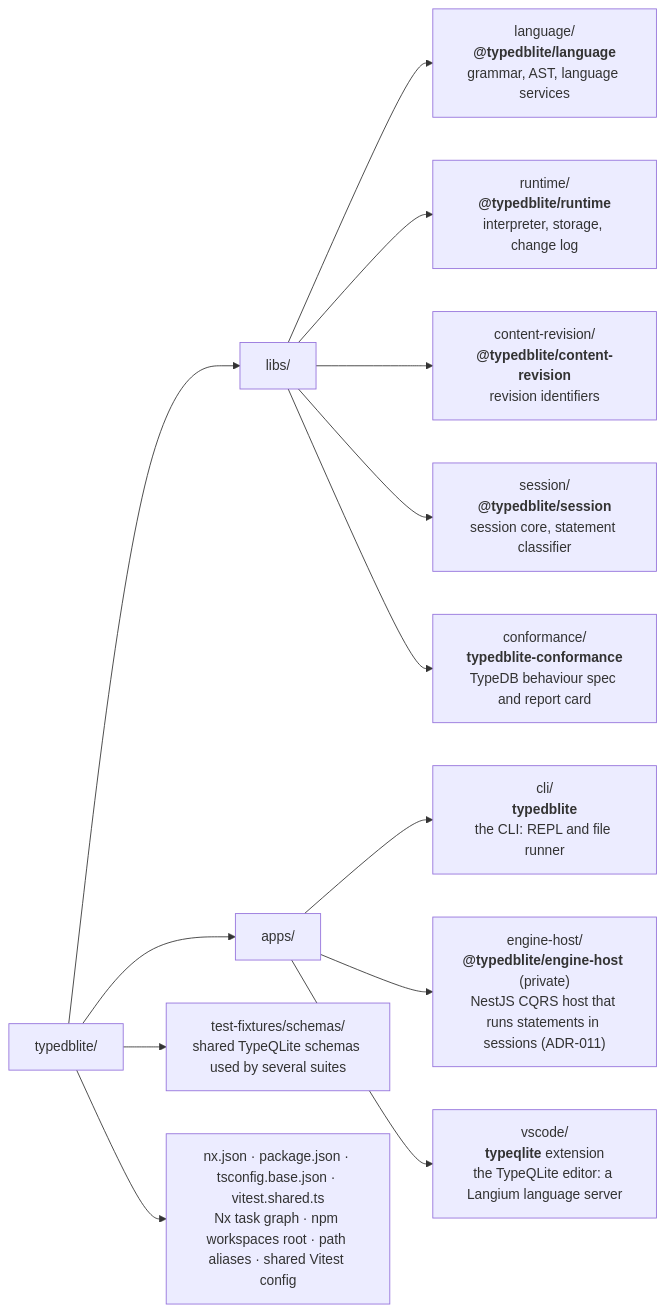
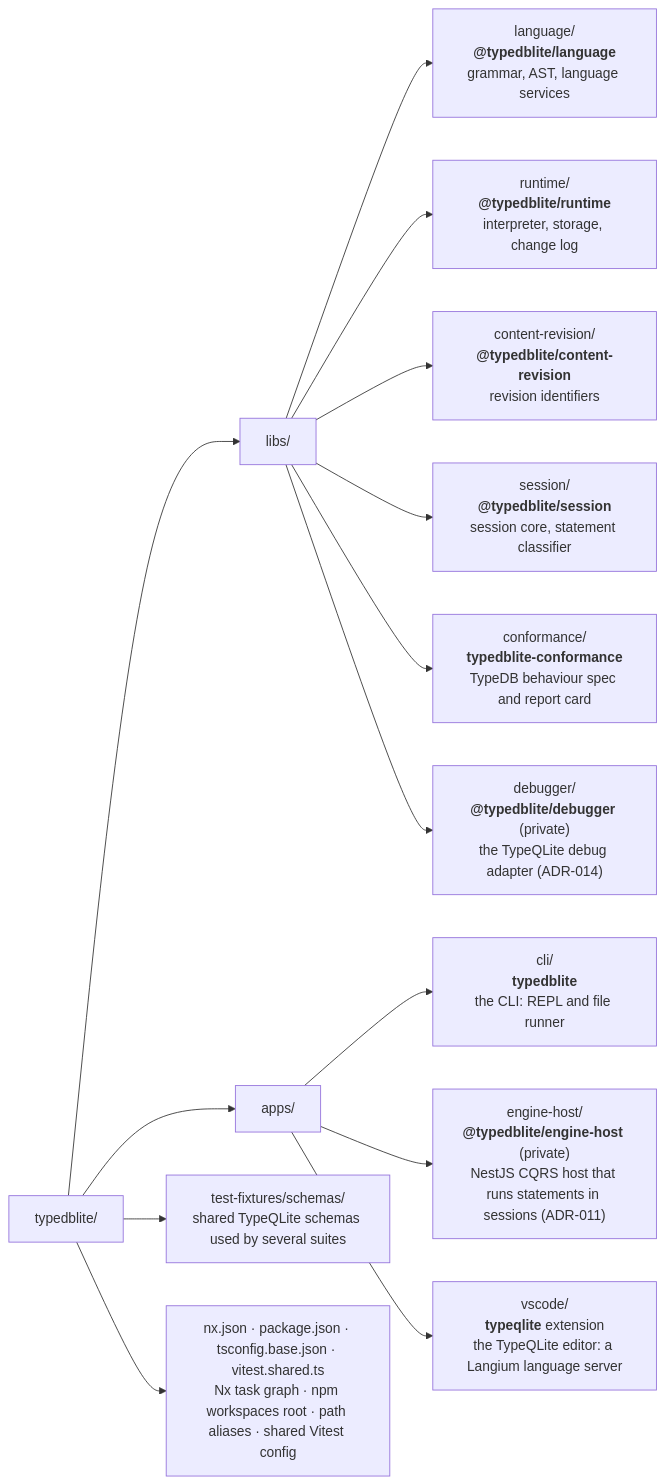
The first of 2 diagrams in AGENTS.md (typedblite/typedblite), drawn with Mermaid before and after one commit. The commit also changed other lines of this file and 44 other files, not shown here.

First line of the commit message:
feat(debugger): the adapter shell, over session.debug on the engine host

````diff
--- a/AGENTS.md
+++ b/AGENTS.md
@@ -9,15 +9,16 @@
 ```mermaid
 flowchart LR
   root["typedblite/"] --> libs["libs/"]
   root --> apps["apps/"]
   root --> fixtures["test-fixtures/schemas/<br/>shared TypeQLite schemas used by several suites"]
   root --> config["nx.json · package.json · tsconfig.base.json · vitest.shared.ts<br/>Nx task graph · npm workspaces root · path aliases · shared Vitest config"]
   libs --> language["language/<br/><b>@typedblite/language</b><br/>grammar, AST, language services"]
   libs --> runtime["runtime/<br/><b>@typedblite/runtime</b><br/>interpreter, storage, change log"]
   libs --> revision["content-revision/<br/><b>@typedblite/content-revision</b><br/>revision identifiers"]
   libs --> session["session/<br/><b>@typedblite/session</b><br/>session core, statement classifier"]
   libs --> conformance["conformance/<br/><b>typedblite-conformance</b><br/>TypeDB behaviour spec and report card"]
+  libs --> debugger["debugger/<br/><b>@typedblite/debugger</b> (private)<br/>the TypeQLite debug adapter (ADR-014)"]
   apps --> cli["cli/<br/><b>typedblite</b><br/>the CLI: REPL and file runner"]
   apps --> host["engine-host/<br/><b>@typedblite/engine-host</b> (private)<br/>NestJS CQRS host that runs statements in sessions (ADR-011)"]
   apps --> vscode["vscode/<br/><b>typeqlite</b> extension<br/>the TypeQLite editor: a Langium language server"]
 ```
````
